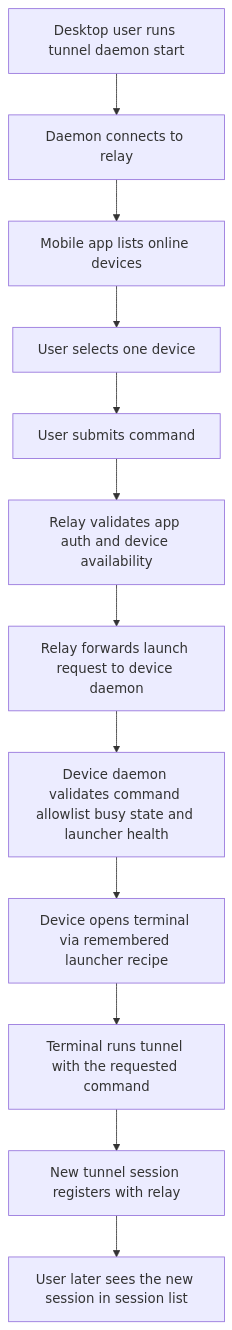
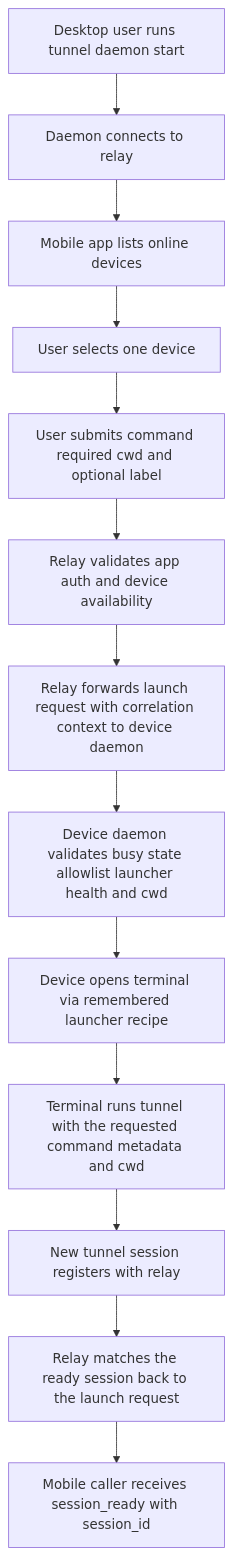
One commit to yuanbohan/agent-tunnel changed the diagram in docs/brainstorms/2026-04-17-mobile-device-session-launch-requirements.md. Above: the diagram before and after it, drawn with Mermaid. The commit also changed other lines of this file and 27 other files, not shown here.

First line of the commit message:
Support cwd-based device launches and session readiness (#50)

````diff
--- a/docs/brainstorms/2026-04-17-mobile-device-session-launch-requirements.md
+++ b/docs/brainstorms/2026-04-17-mobile-device-session-launch-requirements.md
@@ -16,14 +18,15 @@
 ```mermaid
 flowchart TB
     A[Desktop user runs tunnel daemon start] --> B[Daemon connects to relay]
     B --> C[Mobile app lists online devices]
     C --> D[User selects one device]
-    D --> E[User submits command]
+    D --> E[User submits command required cwd and optional label]
     E --> F[Relay validates app auth and device availability]
-    F --> G[Relay forwards launch request to device daemon]
-    G --> H[Device daemon validates command allowlist busy state and launcher health]
+    F --> G[Relay forwards launch request with correlation context to device daemon]
+    G --> H[Device daemon validates busy state allowlist launcher health and cwd]
     H --> I[Device opens terminal via remembered launcher recipe]
-    I --> J[Terminal runs tunnel with the requested command]
+    I --> J[Terminal runs tunnel with the requested command metadata and cwd]
     J --> K[New tunnel session registers with relay]
-    K --> L[User later sees the new session in session list]
+    K --> L[Relay matches the ready session back to the launch request]
+    L --> M[Mobile caller receives session_ready with session_id]
 ```
````
